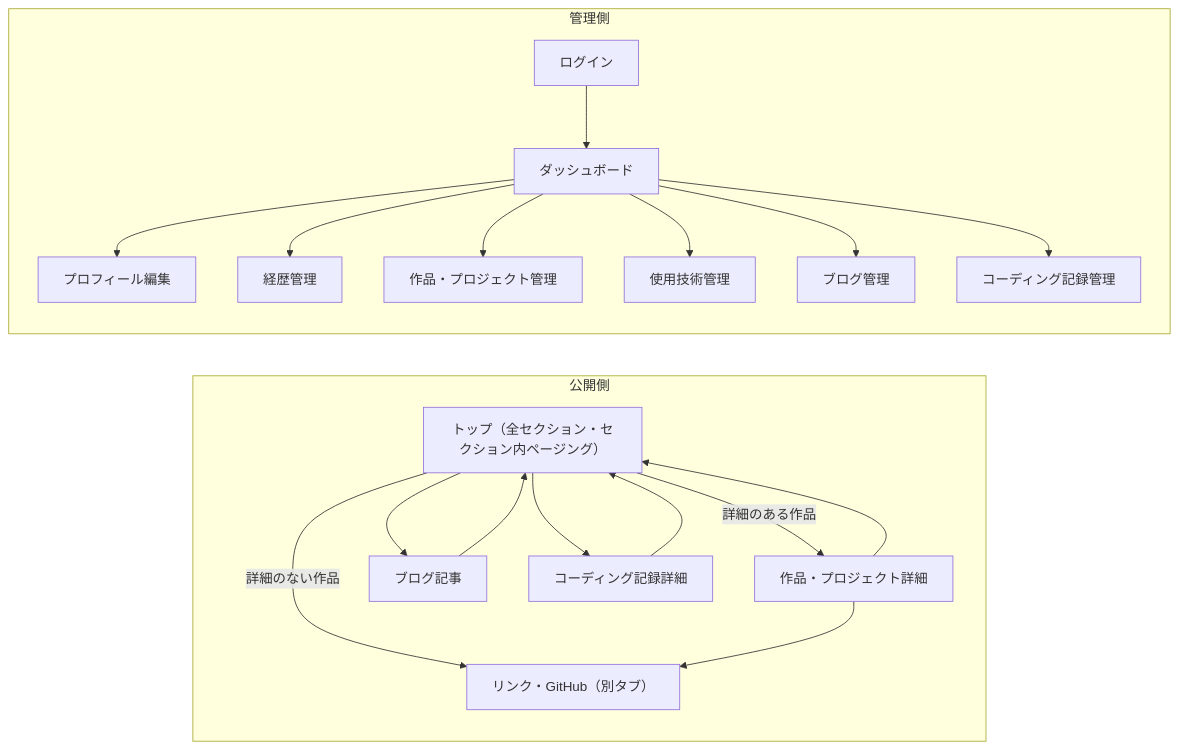
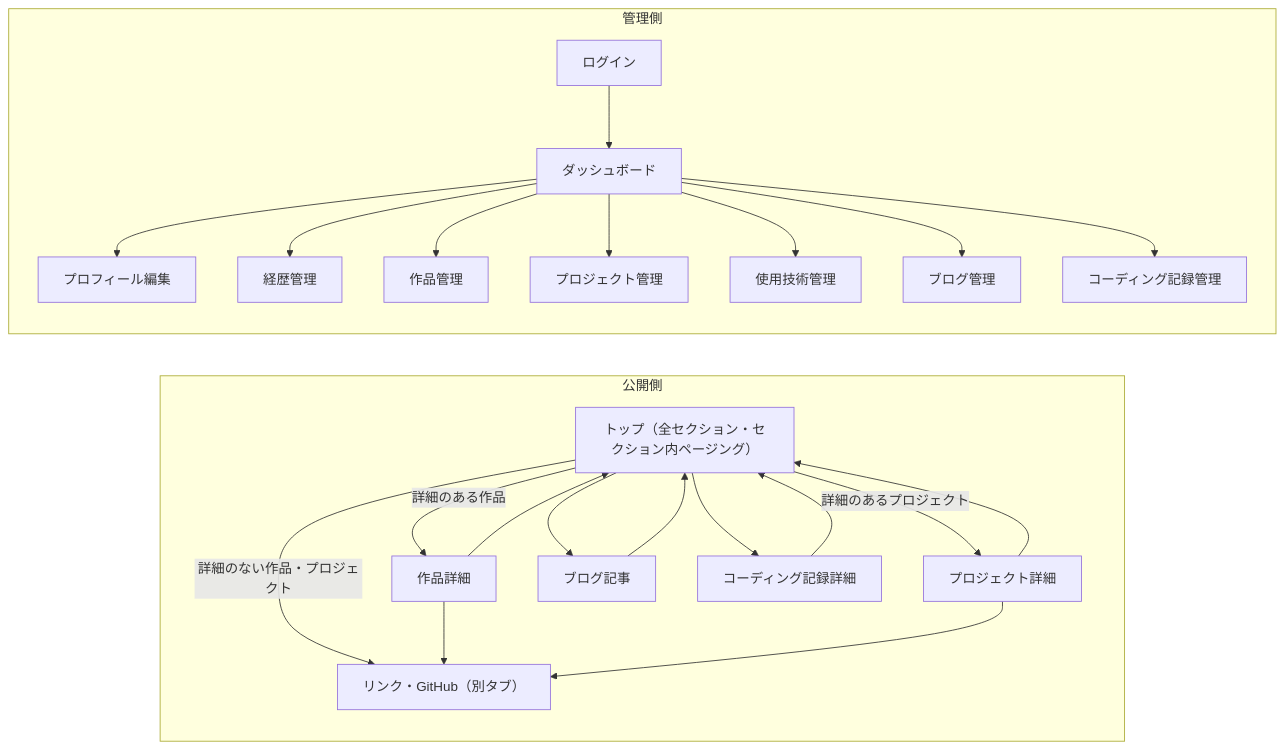
One commit to eastasann/eastx changed the diagram in docs/brainstorm-notes.md. Above: the diagram before and after it, drawn with Mermaid. The commit also changed other lines of this file, not shown here.

````diff
--- a/docs/brainstorm-notes.md
+++ b/docs/brainstorm-notes.md
@@ -77,23 +81,27 @@
 ```mermaid
 flowchart LR
   subgraph 公開側
     Top["トップ（全セクション・セクション内ページング）"]
-    Top -->|詳細のある作品| WorkDetail[作品・プロジェクト詳細]
-    Top -->|詳細のない作品| External[リンク・GitHub（別タブ）]
+    Top -->|詳細のある作品| WorkDetail[作品詳細]
+    Top -->|詳細のあるプロジェクト| ProjectDetail[プロジェクト詳細]
+    Top -->|詳細のない作品・プロジェクト| External[リンク・GitHub（別タブ）]
     WorkDetail --> External
+    ProjectDetail --> External
     Top --> BlogPost[ブログ記事]
     Top --> CodingDetail[コーディング記録詳細]
     WorkDetail --> Top
+    ProjectDetail --> Top
     BlogPost --> Top
     CodingDetail --> Top
   end
   subgraph 管理側
     Login[ログイン] --> Dashboard[ダッシュボード]
     Dashboard --> ProfileEdit[プロフィール編集]
     Dashboard --> CareerAdmin[経歴管理]
-    Dashboard --> WorkAdmin[作品・プロジェクト管理]
+    Dashboard --> WorkAdmin[作品管理]
+    Dashboard --> ProjectAdmin[プロジェクト管理]
     Dashboard --> StackAdmin[使用技術管理]
     Dashboard --> BlogAdmin[ブログ管理]
     Dashboard --> CodingAdmin[コーディング記録管理]
   end
 ```
````
